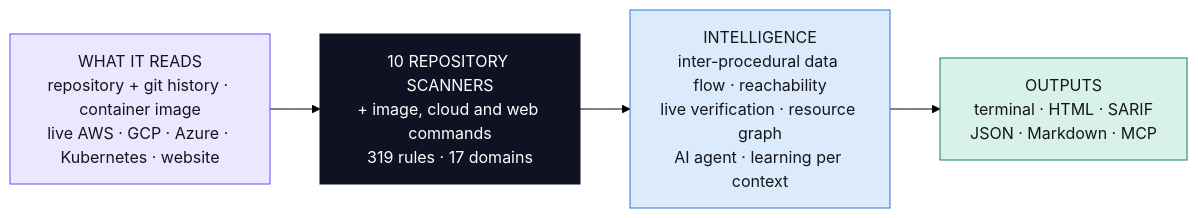
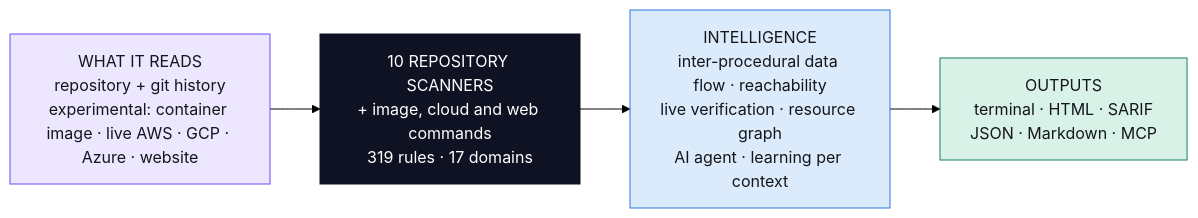
One commit to Houssam2510/rempart changed the first of 3 diagrams in README.md. Above: the diagram before and after it, drawn with Mermaid (forest theme). The commit also changed other lines of this file and 2 other files, not shown here.

Commit message:
docs(P4): README marks live cloud, images, web and quality/performance as experimental; screenshot redrawn

````diff
--- a/README.md
+++ b/README.md
@@ -118,12 +121,12 @@
 ```mermaid
 flowchart LR
-    IN["WHAT IT READS<br/>repository + git history · container image<br/>live AWS · GCP · Azure · Kubernetes · website"]
+    IN["WHAT IT READS<br/>repository + git history<br/>experimental: container image · live AWS · GCP · Azure · website"]
     SC["10 REPOSITORY SCANNERS<br/>+ image, cloud and web commands<br/>319 rules · 17 domains"]
     IQ["INTELLIGENCE<br/>inter-procedural data flow · reachability<br/>live verification · resource graph<br/>AI agent · learning per context"]
     OUT["OUTPUTS<br/>terminal · HTML · SARIF<br/>JSON · Markdown · MCP"]
     IN --> SC --> IQ --> OUT
     style IN fill:#ece6ff,stroke:#6d4aff,color:#14161b
     style SC fill:#0f1222,stroke:#0f1222,color:#ffffff
     style IQ fill:#dcebfb,stroke:#2a78d6,color:#14161b
     style OUT fill:#d9f2e8,stroke:#12805c,color:#14161b
 ```
````
